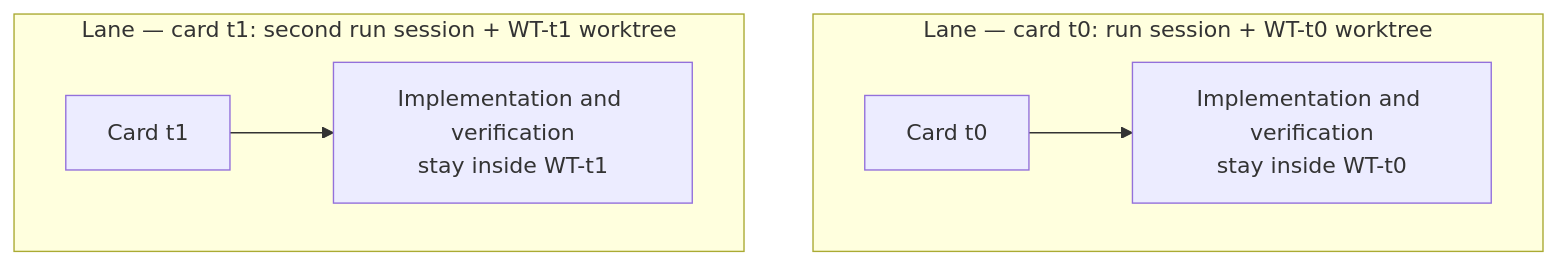
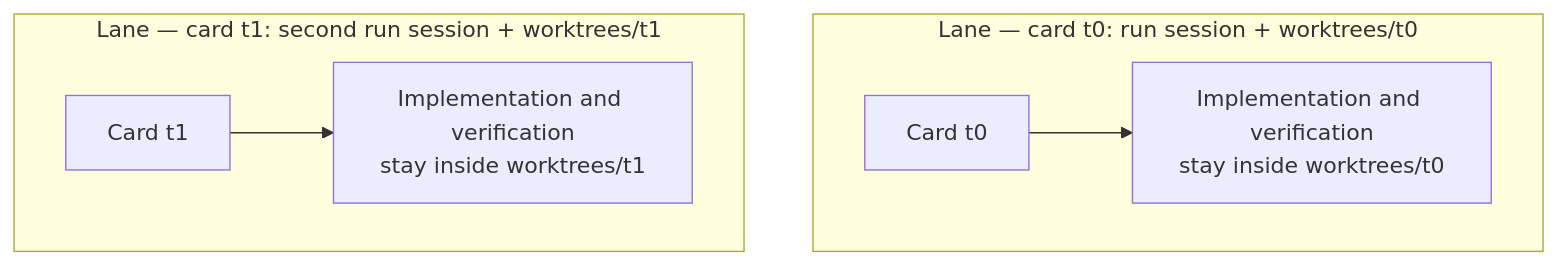
Before and after one commit to modu-ai/moai-adk: the second of 2 diagrams in docs-site/content/en/core-concepts/kanban-board-terms.md, drawn with Mermaid. The commit also changed other lines of this file and 14 other files, not shown here.

First line of the commit message:
docs(worktree): name card branches for the change, not the card id

````diff
--- a/docs-site/content/en/core-concepts/kanban-board-terms.md
+++ b/docs-site/content/en/core-concepts/kanban-board-terms.md
@@ -47,9 +47,9 @@
 ```mermaid
 flowchart TD
-    subgraph LaneA["Lane — card t0: run session + WT-t0 worktree"]
-        A0["Card t0"] --> A1["Implementation and verification<br/>stay inside WT-t0"]
+    subgraph LaneA["Lane — card t0: run session + worktrees/t0"]
+        A0["Card t0"] --> A1["Implementation and verification<br/>stay inside worktrees/t0"]
     end
-    subgraph LaneB["Lane — card t1: second run session + WT-t1 worktree"]
-        B0["Card t1"] --> B1["Implementation and verification<br/>stay inside WT-t1"]
+    subgraph LaneB["Lane — card t1: second run session + worktrees/t1"]
+        B0["Card t1"] --> B1["Implementation and verification<br/>stay inside worktrees/t1"]
     end
 ```
````
